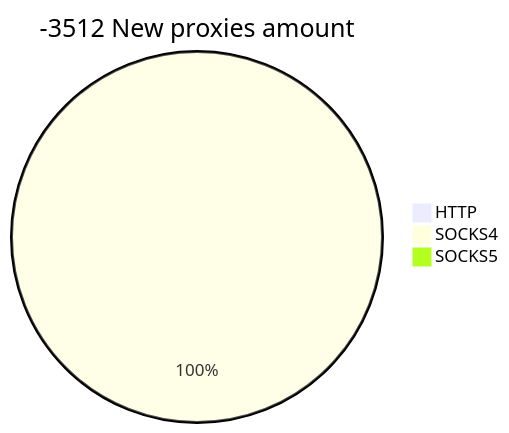
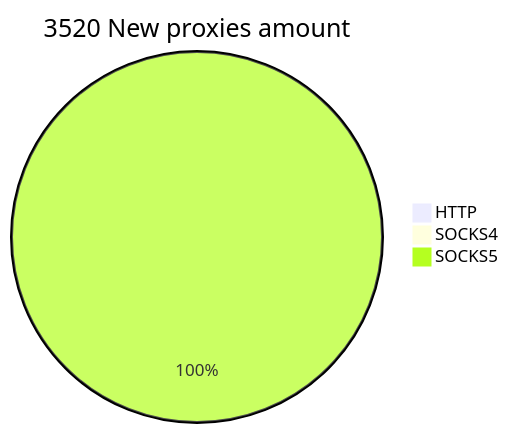
Before and after one commit to cutipu/proxylist: the second of 2 diagrams in README.md, drawn with Mermaid. The commit also changed other lines of this file, not shown here.

````diff
--- a/README.md
+++ b/README.md
@@ -10,6 +10,6 @@
 ```mermaid
-pie title -3512 New proxies amount
+pie title 3520 New proxies amount
     "HTTP" : 0
-    "SOCKS4" : 2
-    "SOCKS5" : 0
+    "SOCKS4" : 0
+    "SOCKS5" : 3522
 ```
````
